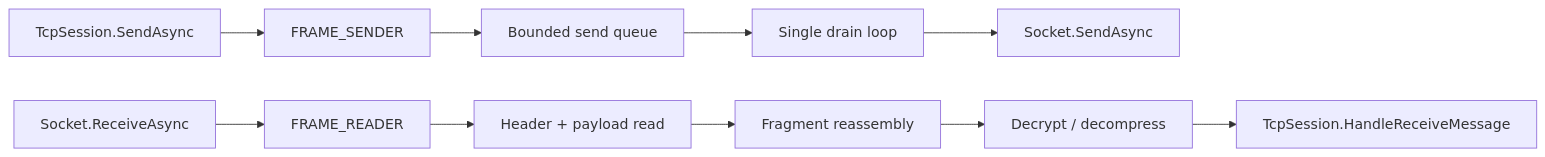
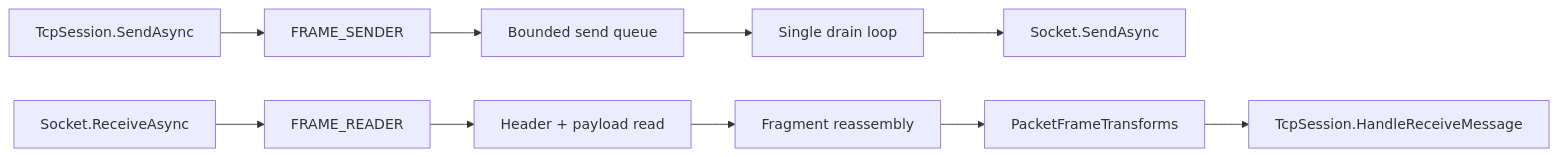
Before and after one commit to ppn-systems/Nalix: the diagram in docs/api/sdk/frame-reader-and-sender.md, drawn with Mermaid. The commit also changed other lines of this file and 157 other files, not shown here.

````diff
--- a/docs/api/sdk/frame-reader-and-sender.md
+++ b/docs/api/sdk/frame-reader-and-sender.md
@@ -18,13 +19,13 @@
 ```mermaid
 flowchart LR
     A["TcpSession.SendAsync"] --> B["FRAME_SENDER"]
     B --> C["Bounded send queue"]
     C --> D["Single drain loop"]
     D --> E["Socket.SendAsync"]
 
     F["Socket.ReceiveAsync"] --> G["FRAME_READER"]
     G --> H["Header + payload read"]
     H --> I["Fragment reassembly"]
-    I --> J["Decrypt / decompress"]
+    I --> J["PacketFrameTransforms"]
     J --> K["TcpSession.HandleReceiveMessage"]
 ```
````
